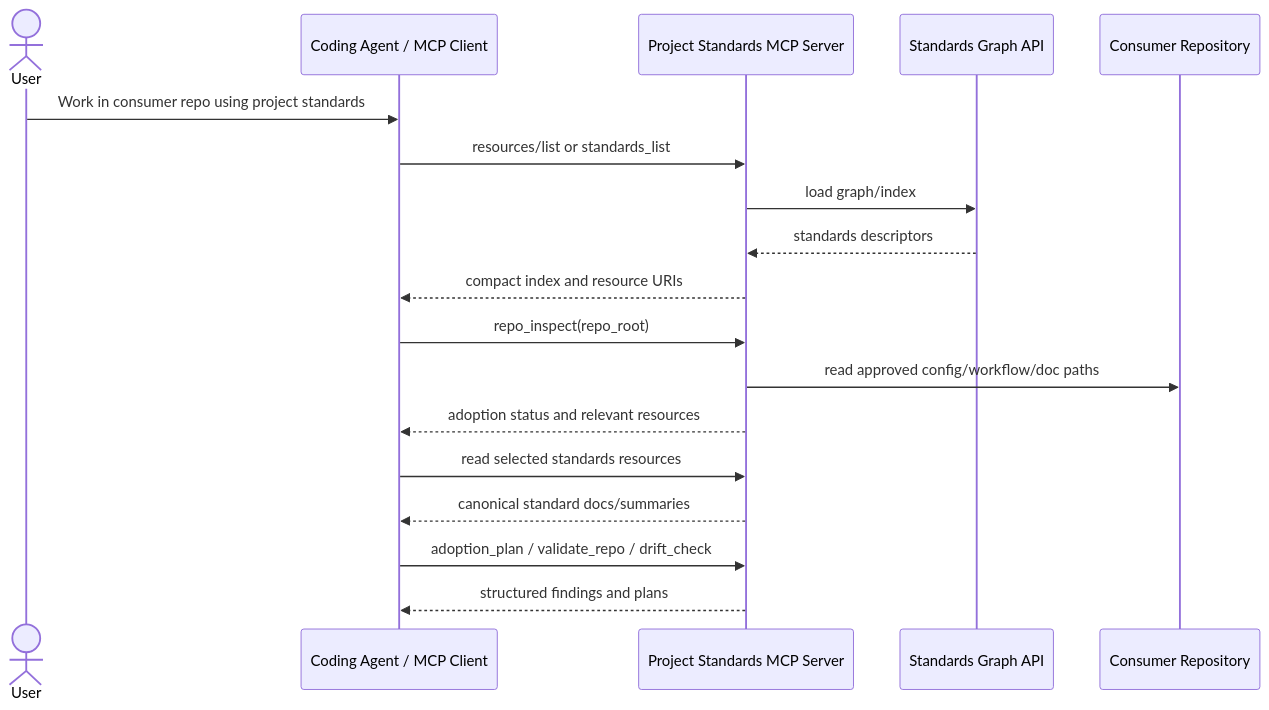
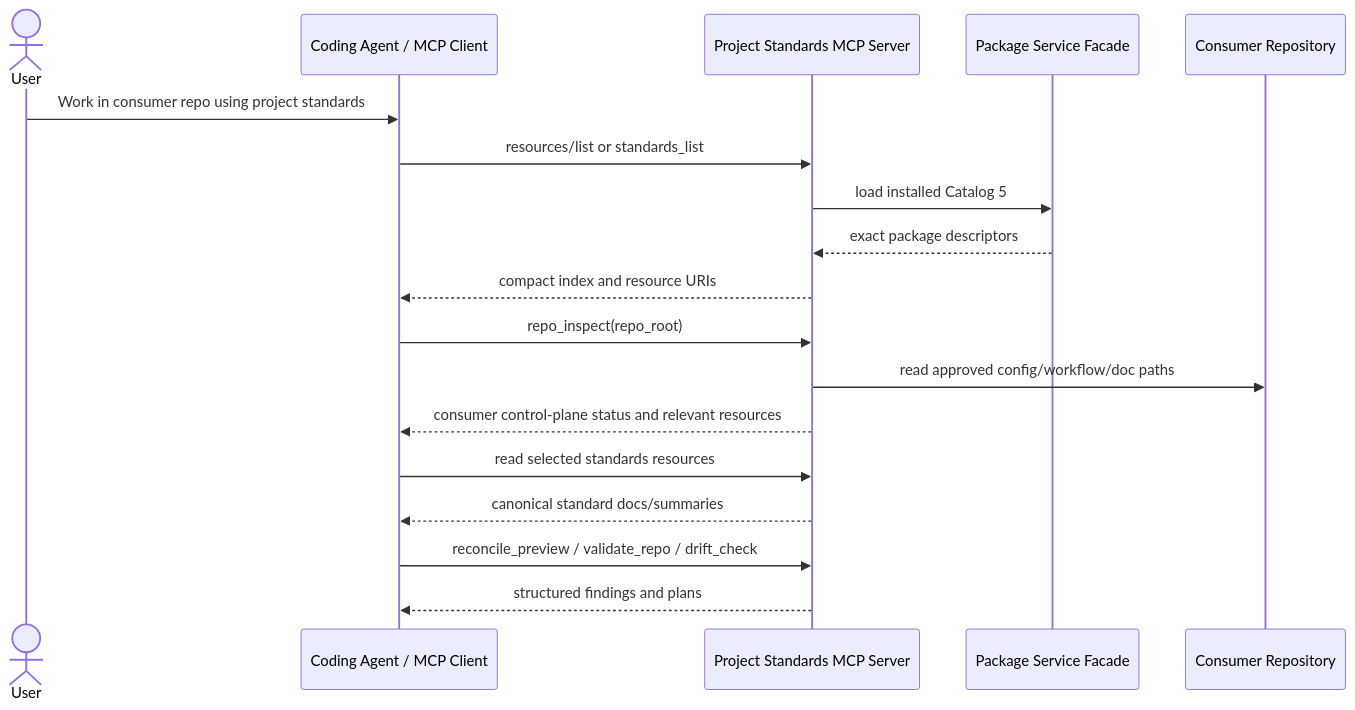
The third of 4 diagrams in docs/specs/2026-07-07-project-standards-mcp-server-implementation-spec.md (L3DigitalNet/project-standards), drawn with Mermaid before and after one commit. The commit also changed other lines of this file and 6 other files, not shown here.

````diff
--- a/docs/specs/2026-07-07-project-standards-mcp-server-implementation-spec.md
+++ b/docs/specs/2026-07-07-project-standards-mcp-server-implementation-spec.md
@@ -519,21 +514,21 @@
 ```mermaid
 sequenceDiagram
     actor User
     participant Agent as Coding Agent / MCP Client
     participant Server as Project Standards MCP Server
-    participant Graph as Standards Graph API
+    participant Services as Package Service Facade
     participant Repo as Consumer Repository
 
     User->>Agent: Work in consumer repo using project standards
     Agent->>Server: resources/list or standards_list
-    Server->>Graph: load graph/index
-    Graph-->>Server: standards descriptors
+    Server->>Services: load installed Catalog 5
+    Services-->>Server: exact package descriptors
     Server-->>Agent: compact index and resource URIs
     Agent->>Server: repo_inspect(repo_root)
     Server->>Repo: read approved config/workflow/doc paths
-    Server-->>Agent: adoption status and relevant resources
+    Server-->>Agent: consumer control-plane status and relevant resources
     Agent->>Server: read selected standards resources
     Server-->>Agent: canonical standard docs/summaries
-    Agent->>Server: adoption_plan / validate_repo / drift_check
+    Agent->>Server: reconcile_preview / validate_repo / drift_check
     Server-->>Agent: structured findings and plans
 ```
````
